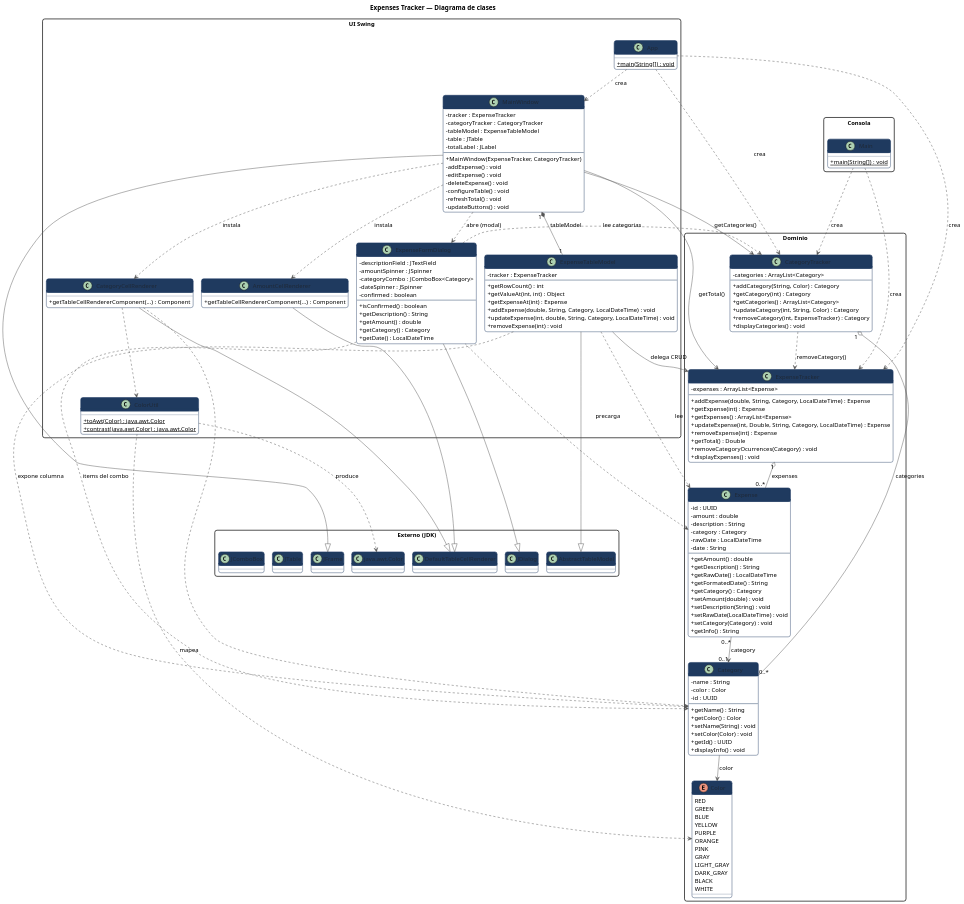
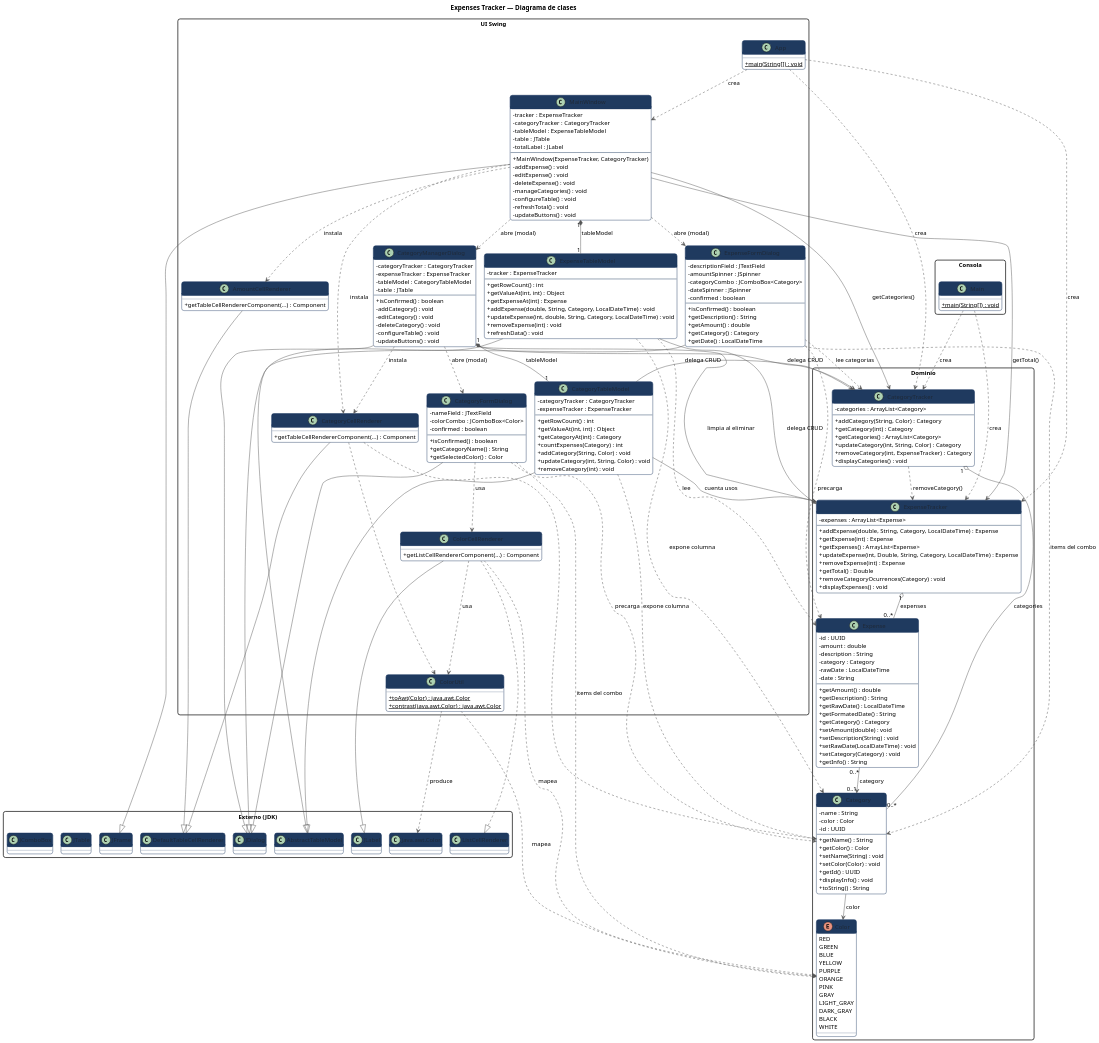
Before and after one commit to fantasyfuerte/expenses-tracker-java-with-ui: the diagram in docs/uml-class-diagram.puml, drawn with PlantUML. The commit also changed 3 other files, not shown here.

```diff
--- a/docs/uml-class-diagram.puml
+++ b/docs/uml-class-diagram.puml
@@ -47,6 +47,7 @@
     + setColor(Color) : void
     + getId() : UUID
     + displayInfo() : void
+    + toString() : String
   }
 
   class Expense {
@@ -110,6 +111,7 @@
     - addExpense() : void
     - editExpense() : void
     - deleteExpense() : void
+    - manageCategories() : void
     - configureTable() : void
     - refreshTotal() : void
     - updateButtons() : void
@@ -124,6 +126,20 @@
     + addExpense(double, String, Category, LocalDateTime) : void
     + updateExpense(int, double, String, Category, LocalDateTime) : void
     + removeExpense(int) : void
+    + refreshData() : void
+  }
+
+  class CategoryTableModel {
+    - categoryTracker : CategoryTracker
+    - expenseTracker : ExpenseTracker
+    --
+    + getRowCount() : int
+    + getValueAt(int, int) : Object
+    + getCategoryAt(int) : Category
+    + countExpenses(Category) : int
+    + addCategory(String, Color) : void
+    + updateCategory(int, String, Color) : void
+    + removeCategory(int) : void
   }
 
   class ExpenseFormDialog {
@@ -140,6 +156,30 @@
     + getDate() : LocalDateTime
   }
 
+  class CategoryManagerDialog {
+    - categoryTracker : CategoryTracker
+    - expenseTracker : ExpenseTracker
+    - tableModel : CategoryTableModel
+    - table : JTable
+    --
+    + isConfirmed() : boolean
+    - addCategory() : void
+    - editCategory() : void
+    - deleteCategory() : void
+    - configureTable() : void
+    - updateButtons() : void
+  }
+
+  class CategoryFormDialog {
+    - nameField : JTextField
+    - colorCombo : JComboBox<Color>
+    - confirmed : boolean
+    --
+    + isConfirmed() : boolean
+    + getCategoryName() : String
+    + getSelectedColor() : Color
+  }
+
   class ColorUtil {
     {static} + toAwt(Color) : java.awt.Color
     {static} + contrast(java.awt.Color) : java.awt.Color
@@ -151,6 +191,10 @@
 
   class CategoryCellRenderer {
     + getTableCellRendererComponent(...) : Component
+  }
+
+  class ColorCellRenderer {
+    + getListCellRendererComponent(...) : Component
   }
 }
 
@@ -165,6 +209,8 @@
   class JDialog
   class AbstractTableModel
   class DefaultTableCellRenderer
+  class JLabel
+  class ListCellRenderer
   class "java.awt.Color" as ColorAwt
   class JTable
   class JComboBox
@@ -173,14 +219,20 @@
 ' ---------- Herencia ----------
 MainWindow --|> JFrame
 ExpenseFormDialog --|> JDialog
+CategoryManagerDialog --|> JDialog
+CategoryFormDialog --|> JDialog
 ExpenseTableModel --|> AbstractTableModel
+CategoryTableModel --|> AbstractTableModel
 AmountCellRenderer --|> DefaultTableCellRenderer
 CategoryCellRenderer --|> DefaultTableCellRenderer
+ColorCellRenderer --|> JLabel
+ColorCellRenderer ..|> ListCellRenderer
 
 ' ---------- Composicion / Agregacion ----------
 ExpenseTracker "1" o-- "0..*" Expense : expenses
 CategoryTracker "1" o-- "0..*" Category : categories
 MainWindow "1" *-- "1" ExpenseTableModel : tableModel
+CategoryManagerDialog "1" *-- "1" CategoryTableModel : tableModel
 
 ' ---------- Asociacion ----------
 Expense "0..*" --> "0..1" Category : category
@@ -196,6 +248,7 @@
 MainWindow --> ExpenseTracker : getTotal()
 MainWindow --> CategoryTracker : getCategories()
 MainWindow ..> ExpenseFormDialog : abre (modal)
+MainWindow ..> CategoryManagerDialog : abre (modal)
 MainWindow ..> AmountCellRenderer : instala
 MainWindow ..> CategoryCellRenderer : instala
 ExpenseTableModel --> ExpenseTracker : delega CRUD
@@ -204,6 +257,18 @@
 ExpenseFormDialog ..> CategoryTracker : lee categorias
 ExpenseFormDialog ..> Category : items del combo
 ExpenseFormDialog ..> Expense : precarga
+CategoryManagerDialog --> CategoryTracker : delega CRUD
+CategoryManagerDialog --> ExpenseTracker : limpia al eliminar
+CategoryManagerDialog ..> CategoryFormDialog : abre (modal)
+CategoryManagerDialog ..> CategoryCellRenderer : instala
+CategoryTableModel --> CategoryTracker : delega CRUD
+CategoryTableModel --> ExpenseTracker : cuenta usos
+CategoryTableModel ..> Category : expone columna
+CategoryFormDialog ..> Category : precarga
+CategoryFormDialog ..> Color : items del combo
+CategoryFormDialog ..> ColorCellRenderer : usa
+ColorCellRenderer ..> Color : mapea
+ColorCellRenderer ..> ColorUtil : usa
 CategoryCellRenderer ..> ColorUtil
 CategoryCellRenderer ..> Category
 ColorUtil ..> Color : mapea
```
